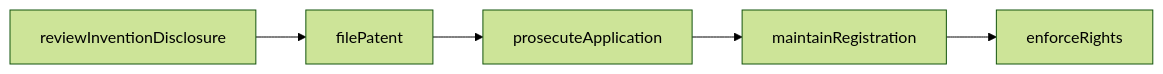
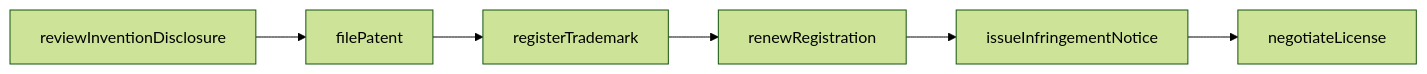
The first of 2 diagrams in LegalCompliance/IntellectualProperty.mdx (dot-org-ai/departments.org.ai), drawn with Mermaid (forest theme) before and after one commit. The commit also changed 7 other files, not shown here.

````diff
--- a/LegalCompliance/IntellectualProperty.mdx
+++ b/LegalCompliance/IntellectualProperty.mdx
@@ -82,7 +82,8 @@
 ```mermaid
 graph LR
   reviewInventionDisclosure --> filePatent
-  filePatent --> prosecuteApplication
-  prosecuteApplication --> maintainRegistration
-  maintainRegistration --> enforceRights
+  filePatent --> registerTrademark
+  registerTrademark --> renewRegistration
+  renewRegistration --> issueInfringementNotice
+  issueInfringementNotice --> negotiateLicense
 ```
````
